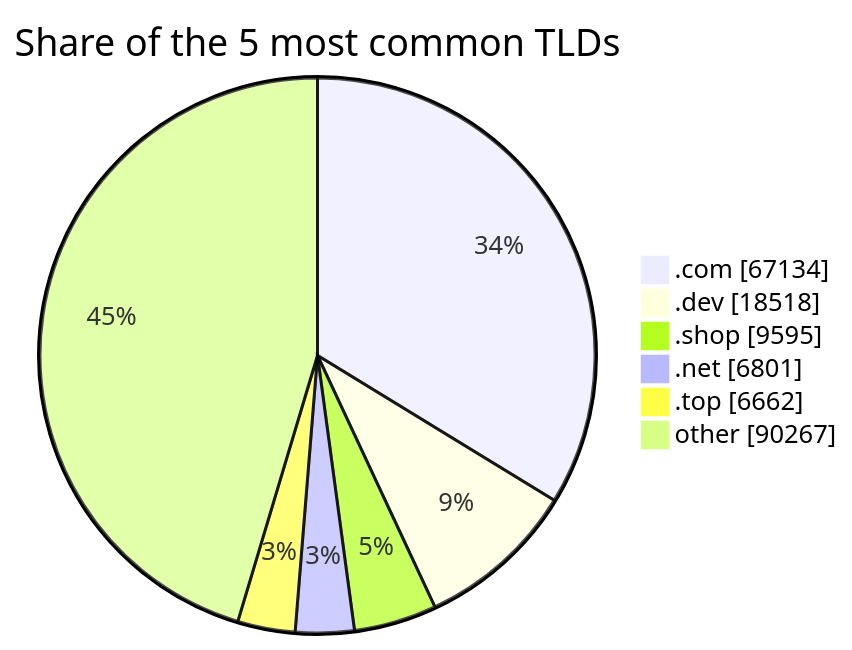
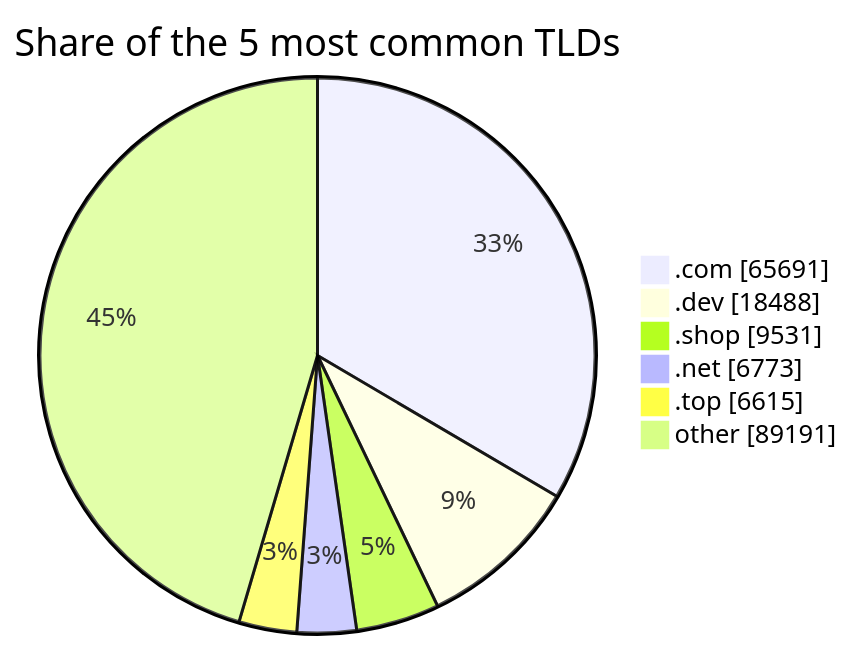
The third of 3 diagrams in README.md (DNSBunker/CTI), drawn with Mermaid before and after one commit. The commit also changed other lines of this file and 3 other files, not shown here.

````diff
--- a/README.md
+++ b/README.md
@@ -81,9 +81,9 @@
 ```mermaid
 pie showData title Share of the 5 most common TLDs
-    ".com" : 67134
-    ".dev" : 18518
-    ".shop" : 9595
-    ".net" : 6801
-    ".top" : 6662
-    "other" : 90267
+    ".com" : 65691
+    ".dev" : 18488
+    ".shop" : 9531
+    ".net" : 6773
+    ".top" : 6615
+    "other" : 89191
 ```
````
